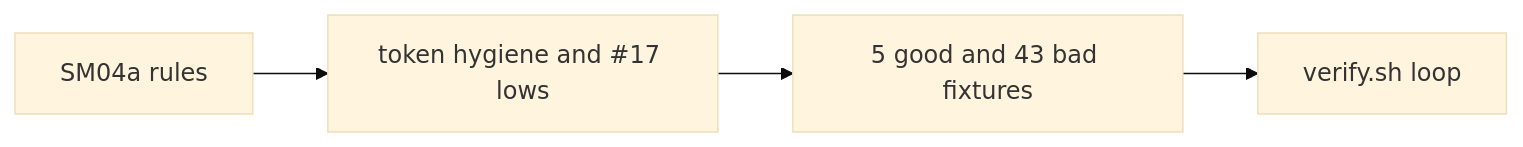
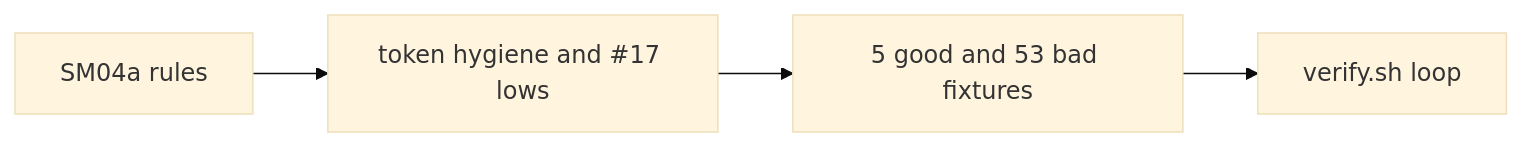
One commit to svennijhuis/agentic-workflows changed the second of 2 diagrams in docs/pbi/done/SM04b-token-hygiene.md. Above: the diagram before and after it, drawn with Mermaid (base theme). The commit also changed other lines of this file and 13 other files, not shown here.

````diff
--- a/docs/pbi/done/SM04b-token-hygiene.md
+++ b/docs/pbi/done/SM04b-token-hygiene.md
@@ -64,6 +68,6 @@
 ```mermaid
 flowchart LR
   S1[SM04a rules] --> S2[token hygiene and #17 lows]
-  S2 --> S3[5 good and 43 bad fixtures]
+  S2 --> S3[5 good and 53 bad fixtures]
   S3 --> S4[verify.sh loop]
 ```
````
